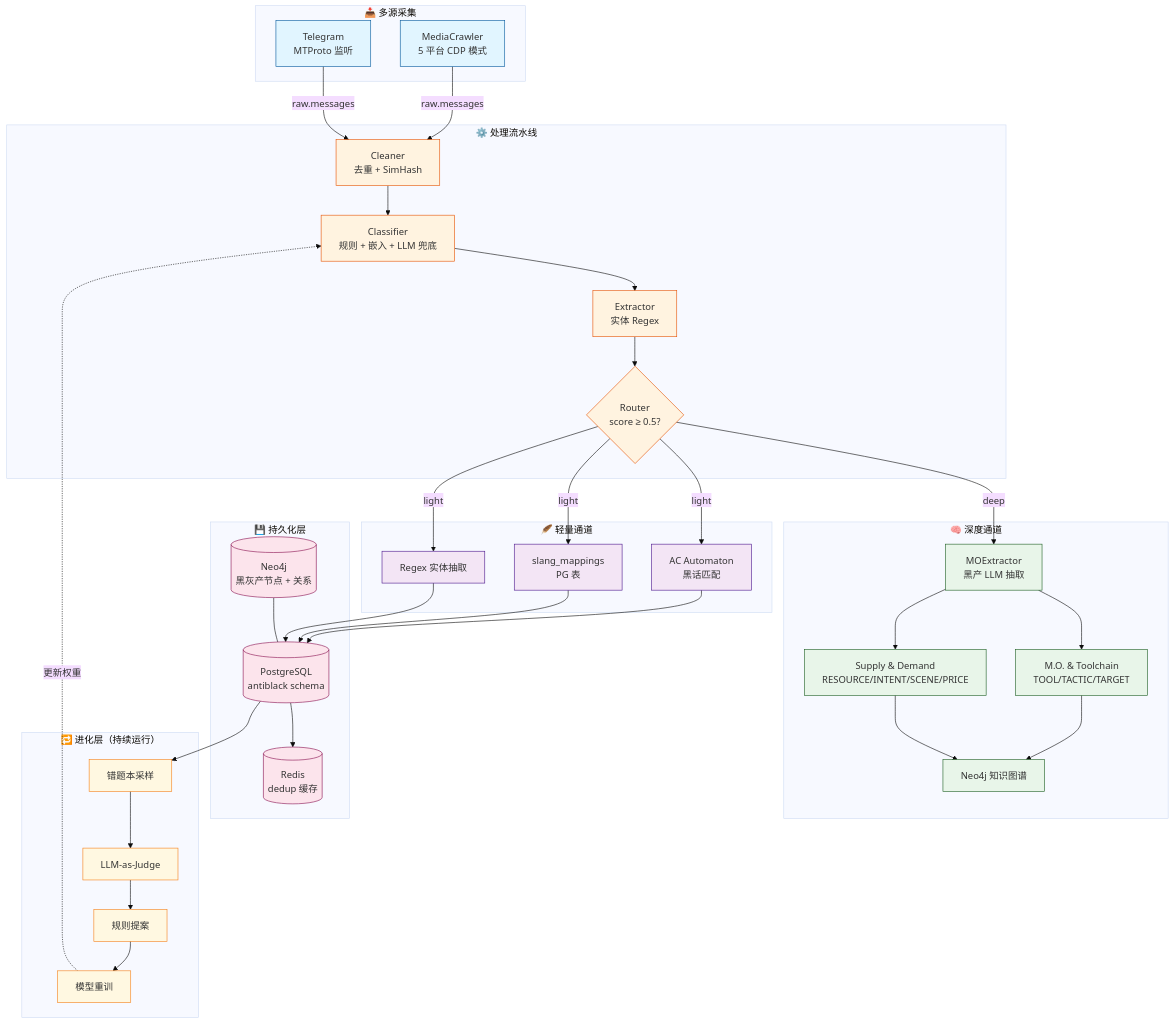
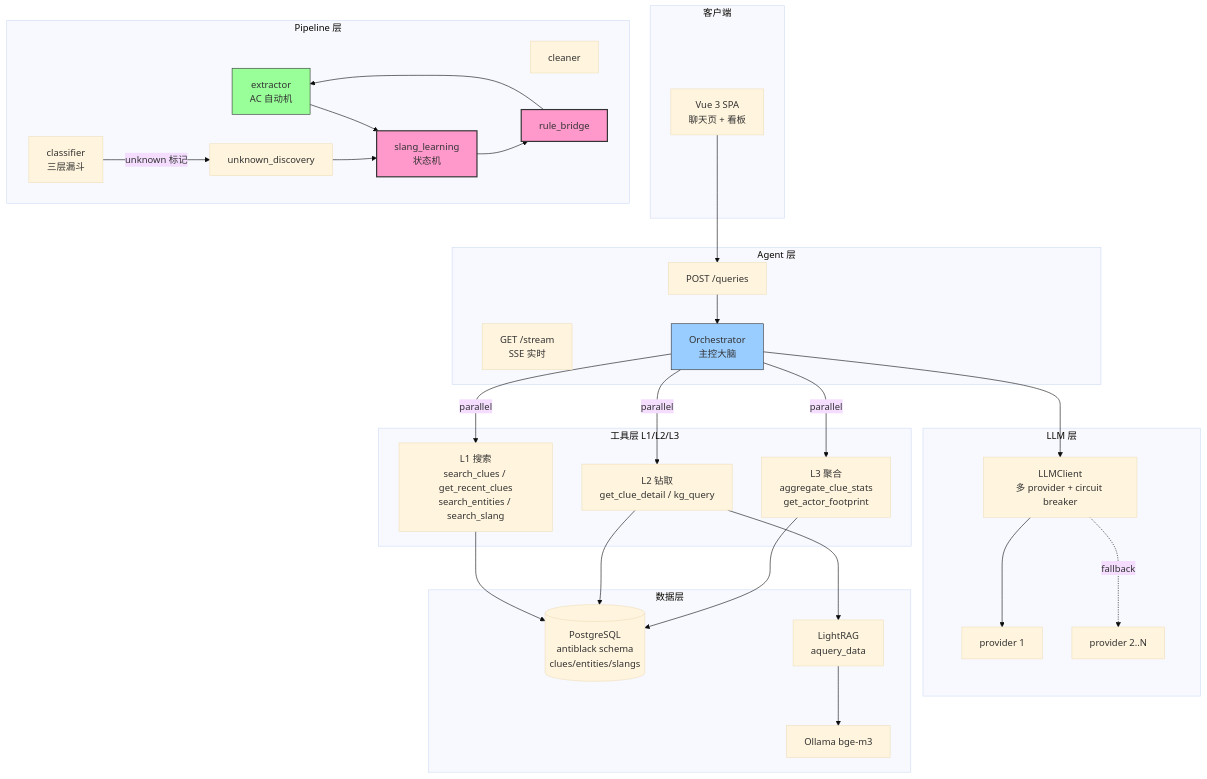
Before and after one commit to Chenpi-Sakura/anti-black: the first of 2 diagrams in README.md, drawn with Mermaid (base theme). The commit also changed other lines of this file and 10 other files, not shown here.

````diff
--- a/README.md
+++ b/README.md
@@ -39,72 +63,58 @@
 ```mermaid
-flowchart TD
-    subgraph SRC["📥 多源采集"]
-        MC[MediaCrawler<br/>5 平台 CDP 模式]
-        TG[Telegram<br/>MTProto 监听]
+flowchart TB
+    subgraph CLIENT["客户端"]
+        UI[Vue 3 SPA<br/>聊天页 + 看板]
     end
 
-    subgraph PIPE["⚙️ 处理流水线"]
-        CLEAN[Cleaner<br/>去重 + SimHash]
-        CLS[Classifier<br/>规则 + 嵌入 + LLM 兜底]
-        EXT[Extractor<br/>实体 Regex]
-        RTR{Router<br/>score ≥ 0.5?}
+    subgraph AGENT["Agent 层"]
+        API[POST /queries]
+        SSE[GET /stream<br/>SSE 实时]
+        ORCH[Orchestrator<br/>主控大脑]
     end
 
-    subgraph LIGHT["🪶 轻量通道"]
-        AC[AC Automaton<br/>黑话匹配]
-        SLANG[slang_mappings<br/>PG 表]
-        REGEX[Regex 实体抽取]
+    subgraph LLM["LLM 层"]
+        LC[LLMClient<br/>多 provider + circuit breaker]
+        QWEN[provider 1]
+        FALLBACK[provider 2..N]
     end
 
-    subgraph DEEP["🧠 深度通道"]
-        MO[MOExtractor<br/>黑产 LLM 抽取]
-        MO_MO[M.O. & Toolchain<br/>TOOL/TACTIC/TARGET]
-        MO_SD[Supply & Demand<br/>RESOURCE/INTENT/SCENE/PRICE]
-        NEO[Neo4j 知识图谱]
+    subgraph TOOLS["工具层 L1/L2/L3"]
+        L1["L1 搜索<br/>search_clues / get_recent_clues<br/>search_entities / search_slang"]
+        L2["L2 钻取<br/>get_clue_detail / kg_query"]
+        L3["L3 聚合<br/>aggregate_clue_stats<br/>get_actor_footprint"]
     end
 
-    subgraph STORE["💾 持久化层"]
-        PG[(PostgreSQL<br/>antiblack schema)]
-        NEO4J[(Neo4j<br/>黑灰产节点 + 关系)]
-        REDIS[(Redis<br/>dedup 缓存)]
+    subgraph DATA["数据层"]
+        PG[(PostgreSQL<br/>antiblack schema<br/>clues/entities/slangs)]
+        LR[LightRAG<br/>aquery_data]
+        OLLAMA[Ollama bge-m3]
     end
 
-    subgraph EVO["🔁 进化层（持续运行）"]
-        EB[错题本采样]
-        LLM_JUDGE[LLM-as-Judge]
-        PROP[规则提案]
-        RETRAIN[模型重训]
+    subgraph PIPELINE["Pipeline 层"]
+        CL[cleaner]
+        CF[classifier<br/>三层漏斗]
+        EX[extractor<br/>AC 自动机]
+        SL[slang_learning<br/>状态机]
+        BR[rule_bridge]
+        UNK[unknown_discovery]
     end
 
-    MC -->|raw.messages| CLEAN
-    TG -->|raw.messages| CLEAN
-    CLEAN --> CLS --> EXT --> RTR
-    RTR -->|light| AC
-    RTR -->|light| SLANG
-    RTR -->|light| REGEX
-    RTR -->|deep| MO
-    MO --> MO_MO --> NEO
-    MO --> MO_SD --> NEO
+    UI --> API --> ORCH
+    ORCH --> LC --> QWEN
+    LC -.fallback.-> FALLBACK
+    ORCH -->|parallel| L1
+    ORCH -->|parallel| L2
+    ORCH -->|parallel| L3
+    L1 --> PG
+    L2 --> PG
+    L2 --> LR --> OLLAMA
+    L3 --> PG
+    EX --> SL --> BR
+    CF -->|unknown 标记| UNK --> SL
+    BR --> EX
 
-    AC --> PG
-    SLANG --> PG
-    REGEX --> PG
-    PG --> REDIS
-    NEO4J --- PG
-
-    PG --> EB --> LLM_JUDGE --> PROP --> RETRAIN
-    RETRAIN -.更新权重.-> CLS
-
-    classDef src fill:#e1f5ff,stroke:#01579b
-    classDef pipe fill:#fff3e0,stroke:#e65100
-    classDef light fill:#f3e5f5,stroke:#4a148c
-    classDef deep fill:#e8f5e9,stroke:#1b5e20
-    classDef store fill:#fce4ec,stroke:#880e4f
-    classDef evo fill:#fff8e1,stroke:#f57f17
-    class MC,TG src
-    class CLEAN,CLS,EXT,RTR pipe
-    class AC,SLANG,REGEX light
-    class MO,MO_MO,MO_SD,NEO deep
-    class PG,NEO4J,REDIS store
-    class EB,LLM_JUDGE,PROP,RETRAIN evo
+    style SL fill:#f9c,stroke:#333,stroke-width:2px
+    style BR fill:#f9c,stroke:#333,stroke-width:2px
+    style ORCH fill:#9cf,stroke:#333
+    style EX fill:#9f9,stroke:#333
 ```
````
